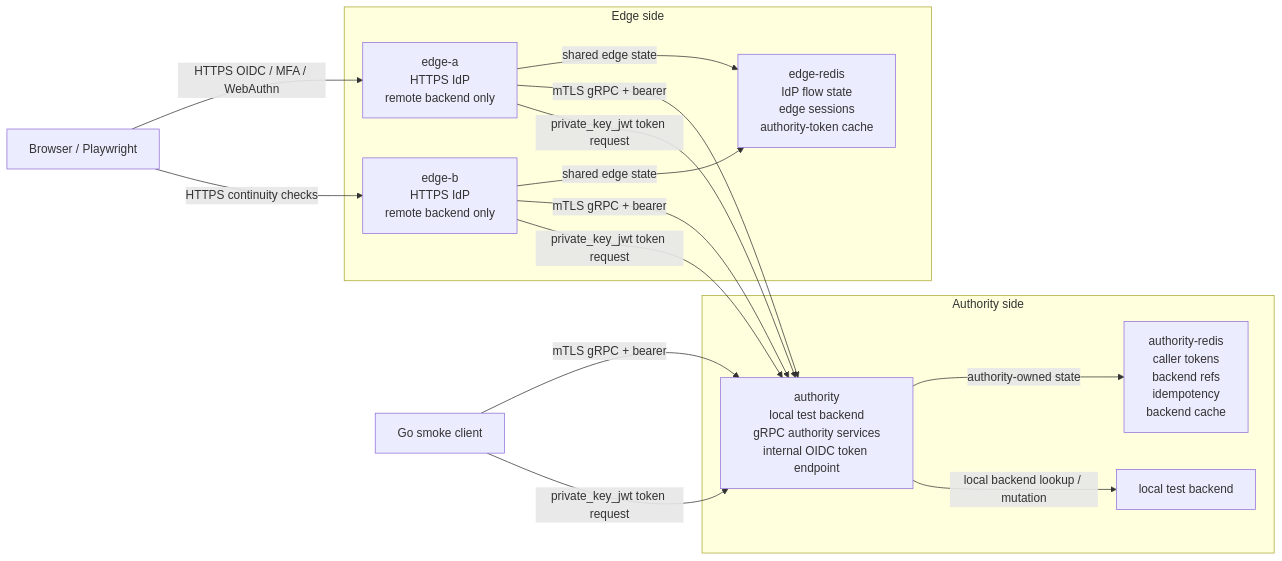
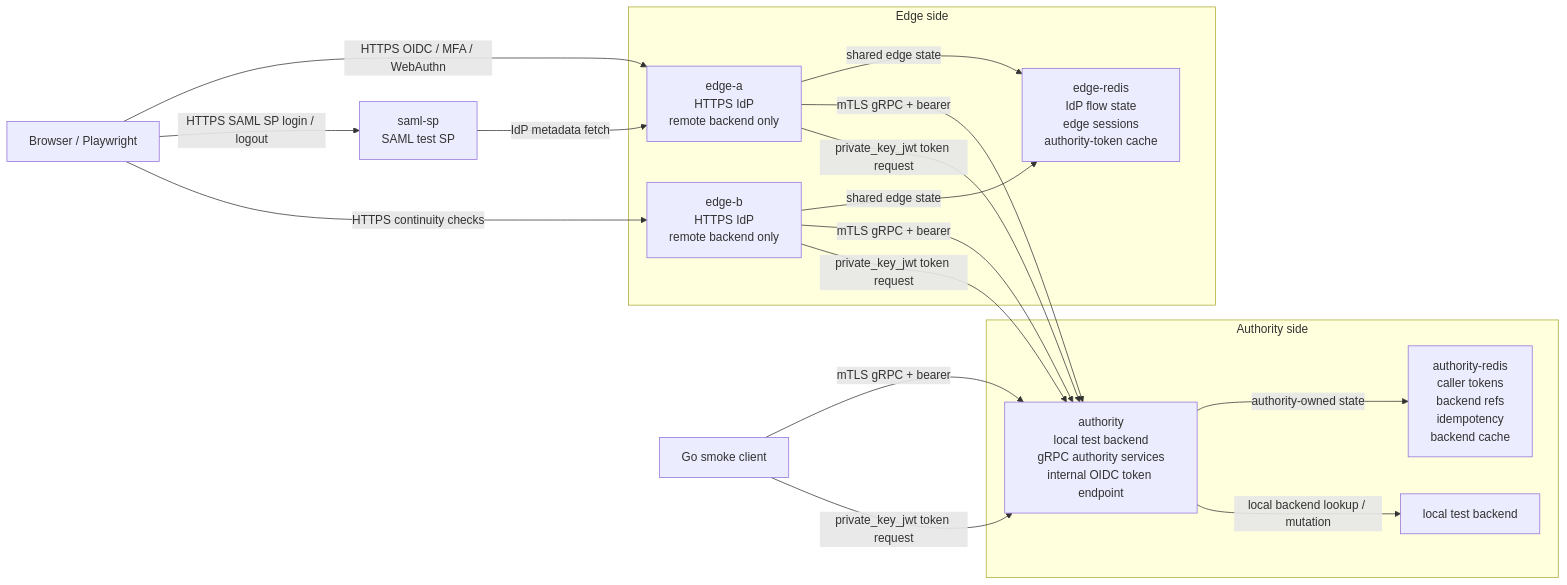
One commit to croessner/nauthilus changed the first of 5 diagrams in contrib/identity-proxy-e2e/README.md. Above: the diagram before and after it, drawn with Mermaid. The commit also changed other lines of this file and 8 other files, not shown here.

````diff
--- a/contrib/identity-proxy-e2e/README.md
+++ b/contrib/identity-proxy-e2e/README.md
@@ -27,30 +28,33 @@
 ```mermaid
 flowchart LR
   Browser["Browser / Playwright"]
   Smoke["Go smoke client"]
+  SAMLSP["saml-sp\nSAML test SP"]
 
   subgraph EdgeSide["Edge side"]
     EdgeA["edge-a\nHTTPS IdP\nremote backend only"]
     EdgeB["edge-b\nHTTPS IdP\nremote backend only"]
     EdgeRedis["edge-redis\nIdP flow state\nedge sessions\nauthority-token cache"]
   end
 
   subgraph AuthoritySide["Authority side"]
     Authority["authority\nlocal test backend\ngRPC authority services\ninternal OIDC token endpoint"]
     AuthorityRedis["authority-redis\ncaller tokens\nbackend refs\nidempotency\nbackend cache"]
     TestBackend["local test backend"]
   end
 
   Browser -->|"HTTPS OIDC / MFA / WebAuthn"| EdgeA
+  Browser -->|"HTTPS SAML SP login / logout"| SAMLSP
   Browser -->|"HTTPS continuity checks"| EdgeB
   Smoke -->|"mTLS gRPC + bearer"| Authority
+  SAMLSP -->|"IdP metadata fetch"| EdgeA
   Smoke -->|"private_key_jwt token request"| Authority
   EdgeA -->|"shared edge state"| EdgeRedis
   EdgeB -->|"shared edge state"| EdgeRedis
   EdgeA -->|"mTLS gRPC + bearer"| Authority
   EdgeB -->|"mTLS gRPC + bearer"| Authority
   EdgeA -->|"private_key_jwt token request"| Authority
   EdgeB -->|"private_key_jwt token request"| Authority
   Authority -->|"authority-owned state"| AuthorityRedis
   Authority -->|"local backend lookup / mutation"| TestBackend
 ```
````
